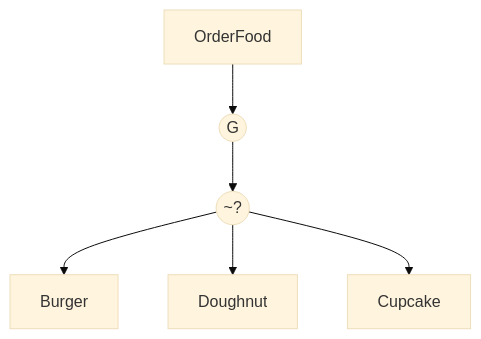
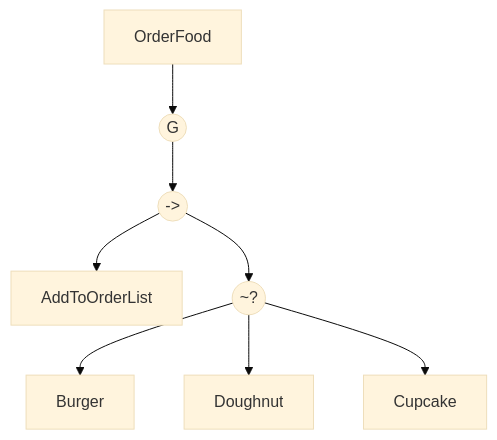
One commit to LauraWangQiu/IAV24-WangQiu changed the second of 5 diagrams in README.md. Above: the diagram before and after it, drawn with Mermaid (base theme). The commit also changed other lines of this file and 22 other files, not shown here.

````diff
--- a/README.md
+++ b/README.md
@@ -85,8 +82,10 @@
 ```mermaid
 flowchart TD
     Z[OrderFood] -->A
-    A(("G")) --> B(("~?"))
-    B -->C[Burger]
-    B -->D[Doughnut]
-    B -->E[Cupcake]
+    A(("G")) --> B(("->"))
+    B -->C[AddToOrderList]
+    B -->D(("~?"))
+    D -->E[Burger]
+    D -->F[Doughnut]
+    D -->G[Cupcake]
 ```
````
